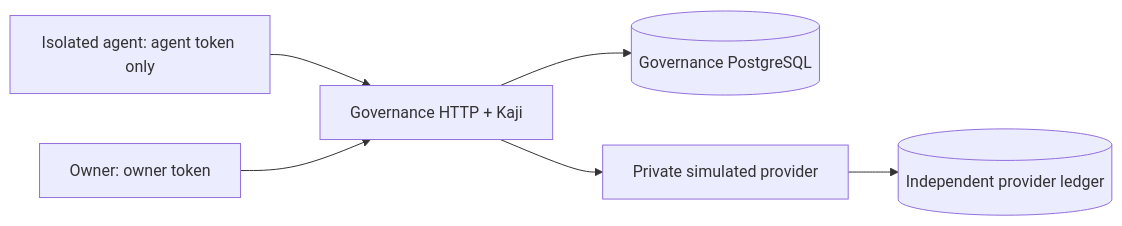
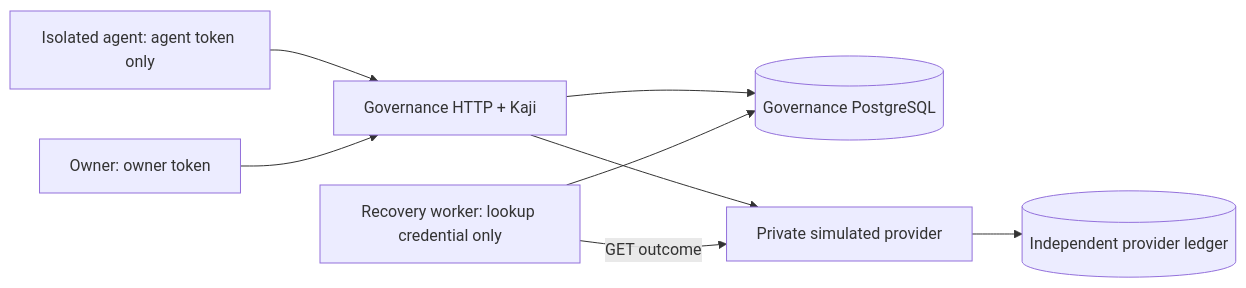
The diagram in README.md (DongYoon112/Cankan), drawn with Mermaid before and after one commit. The commit also changed other lines of this file and 20 other files, not shown here.

````diff
--- a/README.md
+++ b/README.md
@@ -7,8 +7,10 @@
 ```mermaid
 flowchart LR
   A[Isolated agent: agent token only] --> G[Governance HTTP + Kaji]
   O[Owner: owner token] --> G
   G --> D[(Governance PostgreSQL)]
   G --> P[Private simulated provider]
   P --> L[(Independent provider ledger)]
+  W[Recovery worker: lookup credential only] --> D
+  W -->|GET outcome| P
 ```
````
